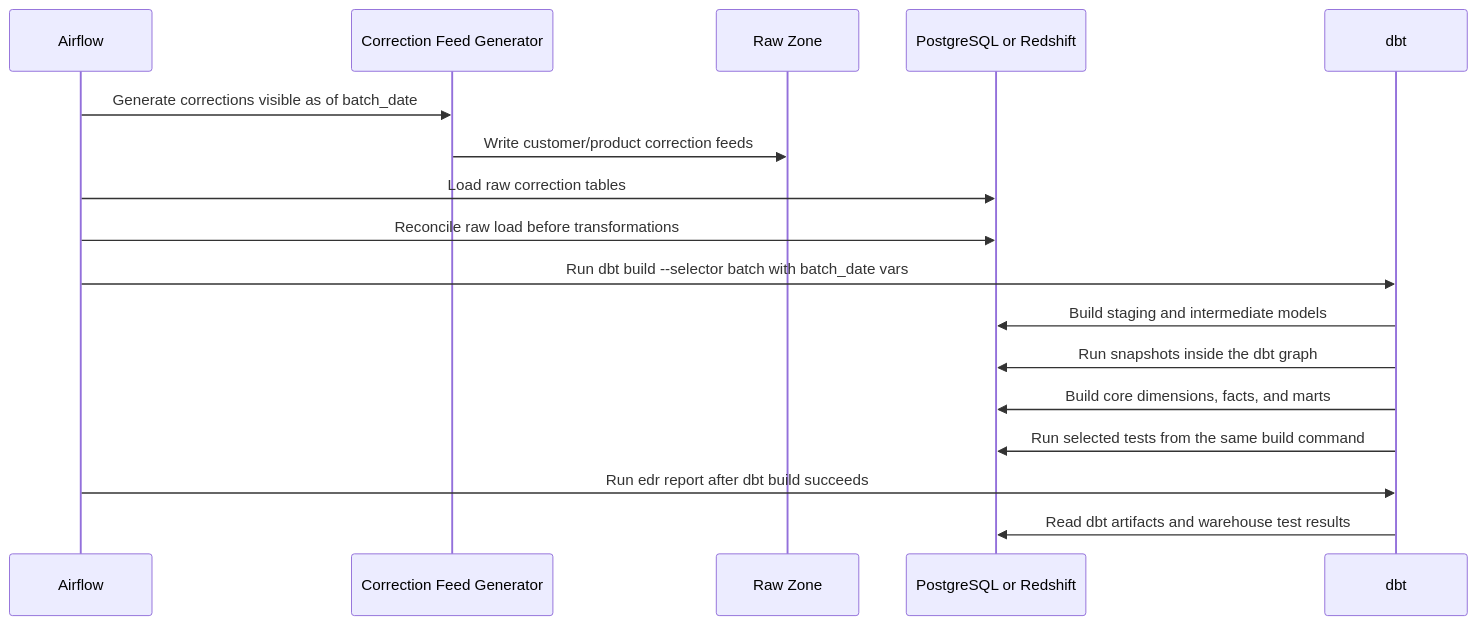
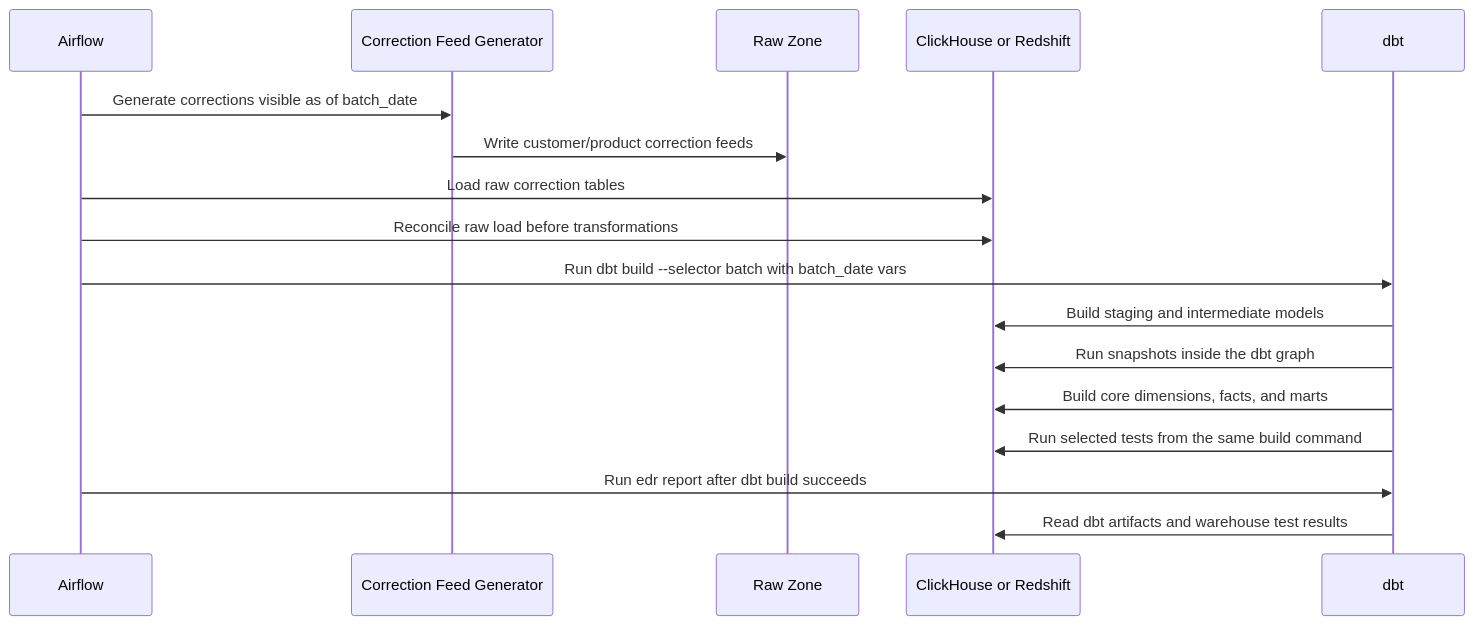
Before and after one commit to evgenii-karpov/olist-mds: the seventh of 7 diagrams in docs/diagrams.md, drawn with Mermaid. The commit also changed other lines of this file and 18 other files, not shown here.

````diff
--- a/docs/diagrams.md
+++ b/docs/diagrams.md
@@ -222,20 +263,20 @@
 ```mermaid
 sequenceDiagram
     participant Airflow
     participant Generator as Correction Feed Generator
     participant RawZone as Raw Zone
-    participant Warehouse as PostgreSQL or Redshift
+    participant Warehouse as ClickHouse or Redshift
     participant dbt
 
     Airflow->>Generator: Generate corrections visible as of batch_date
     Generator->>RawZone: Write customer/product correction feeds
     Airflow->>Warehouse: Load raw correction tables
     Airflow->>Warehouse: Reconcile raw load before transformations
     Airflow->>dbt: Run dbt build --selector batch with batch_date vars
     dbt->>Warehouse: Build staging and intermediate models
     dbt->>Warehouse: Run snapshots inside the dbt graph
     dbt->>Warehouse: Build core dimensions, facts, and marts
     dbt->>Warehouse: Run selected tests from the same build command
     Airflow->>dbt: Run edr report after dbt build succeeds
     dbt->>Warehouse: Read dbt artifacts and warehouse test results
 ```
````
